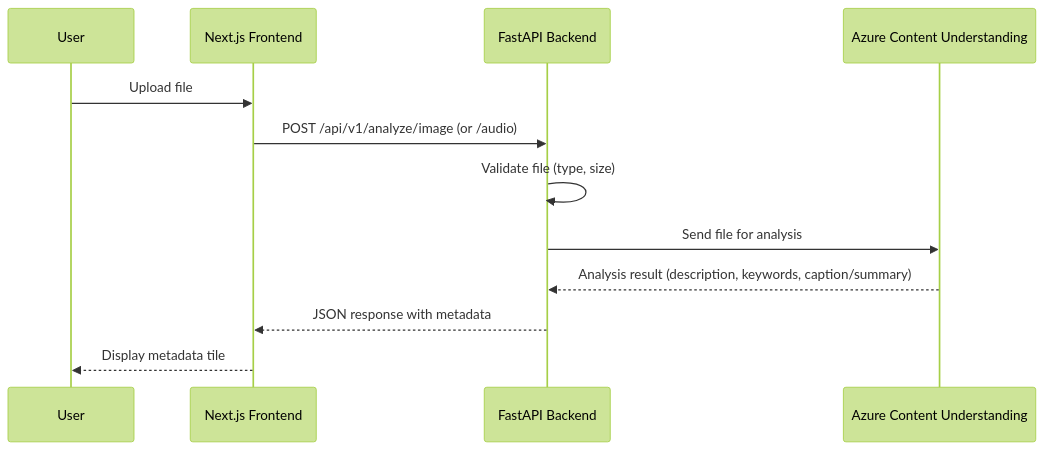
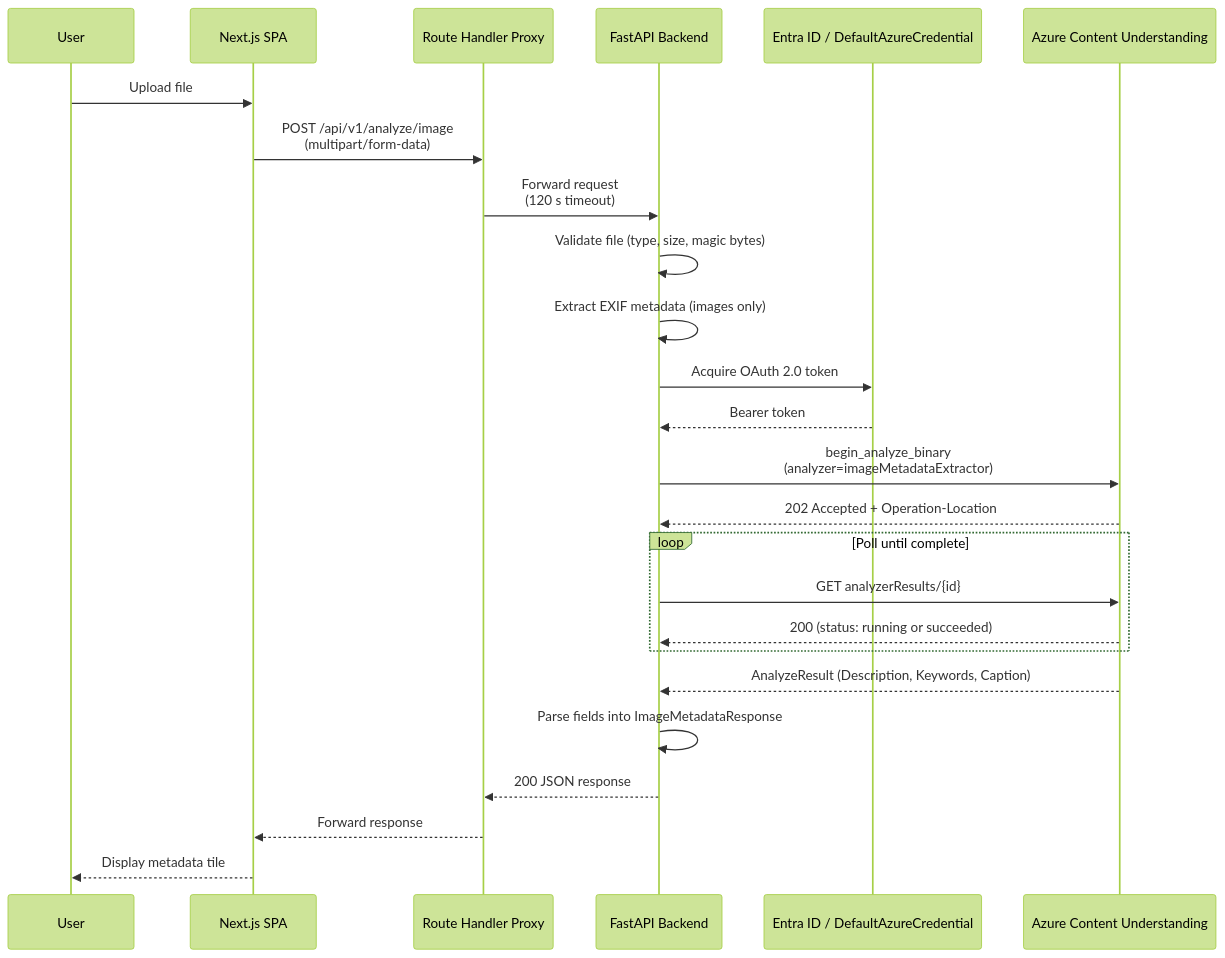
The second of 4 diagrams in docs/architecture/data-flow.md (makautzn/metadata-generator), drawn with Mermaid (forest theme) before and after one commit. The commit also changed other lines of this file and 19 other files, not shown here.

Commit message:
feat: enhance Azure Content Understanding integration with Entra ID support and update documentation

````diff
--- a/docs/architecture/data-flow.md
+++ b/docs/architecture/data-flow.md
@@ -5,15 +36,32 @@
 ```mermaid
 sequenceDiagram
     participant User
-    participant Frontend as Next.js Frontend
+    participant Browser as Next.js SPA
+    participant Proxy as Route Handler Proxy
     participant API as FastAPI Backend
+    participant Auth as Entra ID / DefaultAzureCredential
     participant CU as Azure Content Understanding
 
-    User->>Frontend: Upload file
-    Frontend->>API: POST /api/v1/analyze/image (or /audio)
-    API->>API: Validate file (type, size)
-    API->>CU: Send file for analysis
-    CU-->>API: Analysis result (description, keywords, caption/summary)
-    API-->>Frontend: JSON response with metadata
-    Frontend-->>User: Display metadata tile
+    User->>Browser: Upload file
+    Browser->>Proxy: POST /api/v1/analyze/image<br/>(multipart/form-data)
+    Proxy->>API: Forward request<br/>(120 s timeout)
+    API->>API: Validate file (type, size, magic bytes)
+    API->>API: Extract EXIF metadata (images only)
+
+    API->>Auth: Acquire OAuth 2.0 token
+    Auth-->>API: Bearer token
+
+    API->>CU: begin_analyze_binary<br/>(analyzer=imageMetadataExtractor)
+    CU-->>API: 202 Accepted + Operation-Location
+
+    loop Poll until complete
+        API->>CU: GET analyzerResults/{id}
+        CU-->>API: 200 (status: running or succeeded)
+    end
+
+    CU-->>API: AnalyzeResult (Description, Keywords, Caption)
+    API->>API: Parse fields into ImageMetadataResponse
+    API-->>Proxy: 200 JSON response
+    Proxy-->>Browser: Forward response
+    Browser-->>User: Display metadata tile
 ```
````
